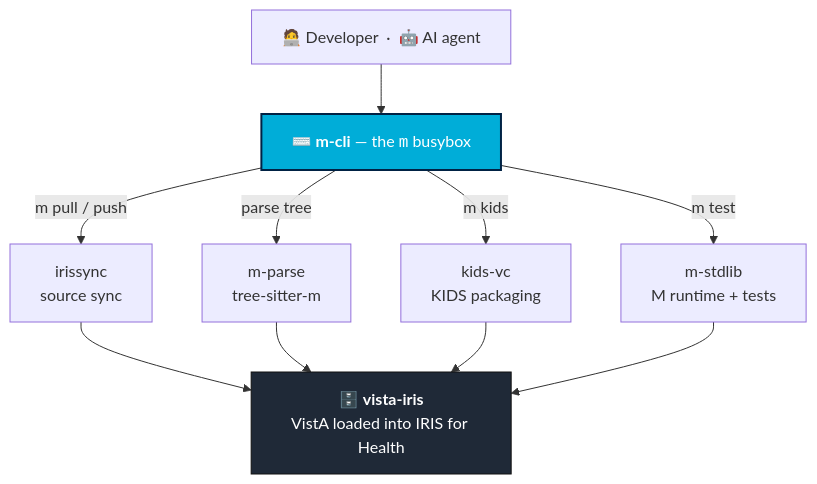
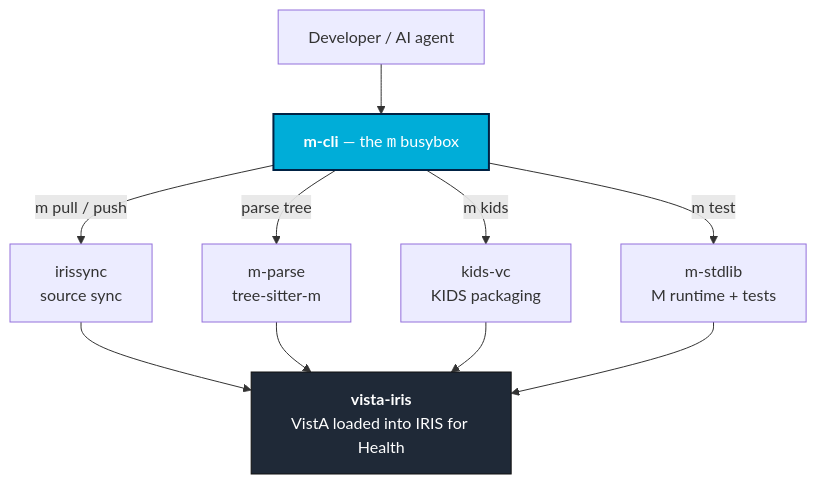
Before and after one commit to vista-cloud-dev/.github: the first of 2 diagrams in profile/README.md, drawn with Mermaid. The commit also changed other lines of this file, not shown here.

Commit message:
docs: drop emoji from architecture diagrams

````diff
--- a/profile/README.md
+++ b/profile/README.md
@@ -86,20 +86,20 @@
 ```mermaid
 flowchart TB
-    user["🧑‍💻 Developer&nbsp;&nbsp;·&nbsp;&nbsp;🤖 AI agent"]
-    user --> mcli["⌨️ <b>m-cli</b> — the <code>m</code> busybox"]
+    user["Developer / AI agent"]
+    user --> mcli["<b>m-cli</b> — the <code>m</code> busybox"]
 
     mcli -->|m pull / push| irissync["irissync<br/>source sync"]
     mcli -->|parse tree| mparse["m-parse<br/>tree-sitter-m"]
     mcli -->|m kids| kidsvc["kids-vc<br/>KIDS packaging"]
     mcli -->|m test| stdlib["m-stdlib<br/>M runtime + tests"]
 
-    irissync --> vistairis["🗄️ <b>vista-iris</b><br/>VistA loaded into IRIS for Health"]
+    irissync --> vistairis["<b>vista-iris</b><br/>VistA loaded into IRIS for Health"]
     mparse --> vistairis
     kidsvc --> vistairis
     stdlib --> vistairis
 
     classDef center fill:#00ADD8,stroke:#024,stroke-width:2px,color:#fff;
     classDef engine fill:#1f2937,stroke:#111,color:#fff;
     class mcli center;
     class vistairis engine;
 ```
````
